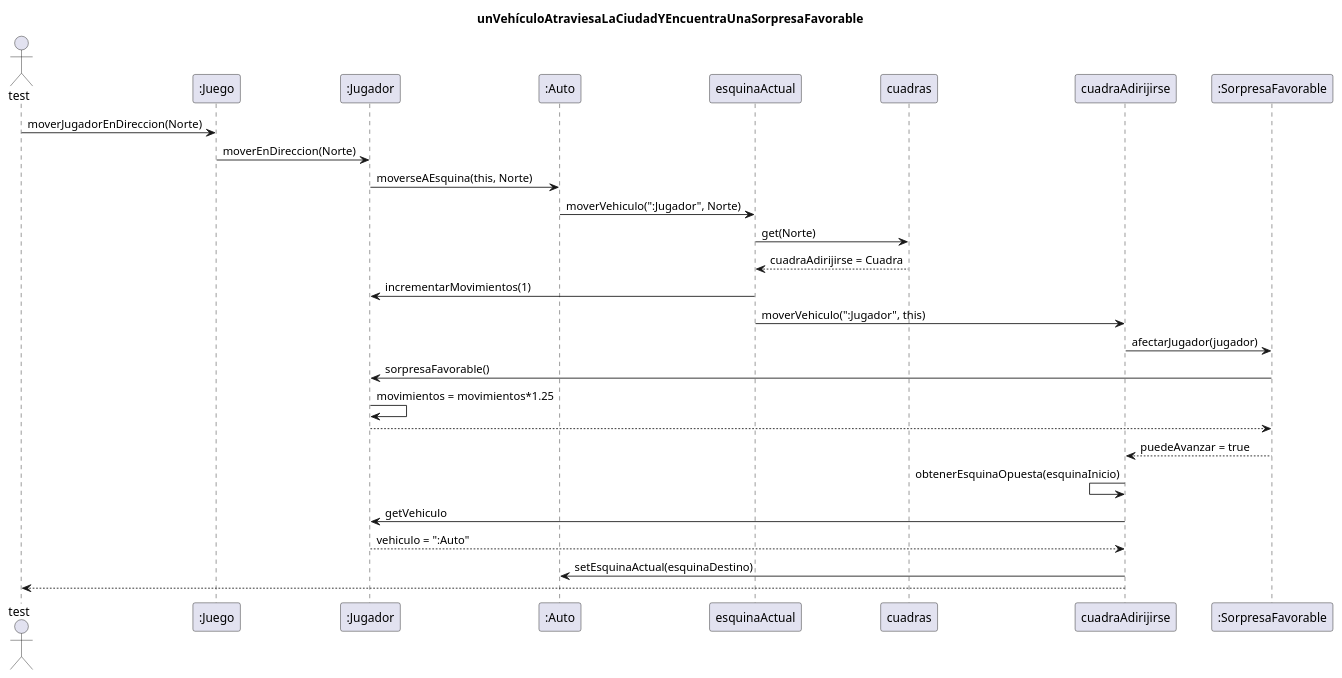
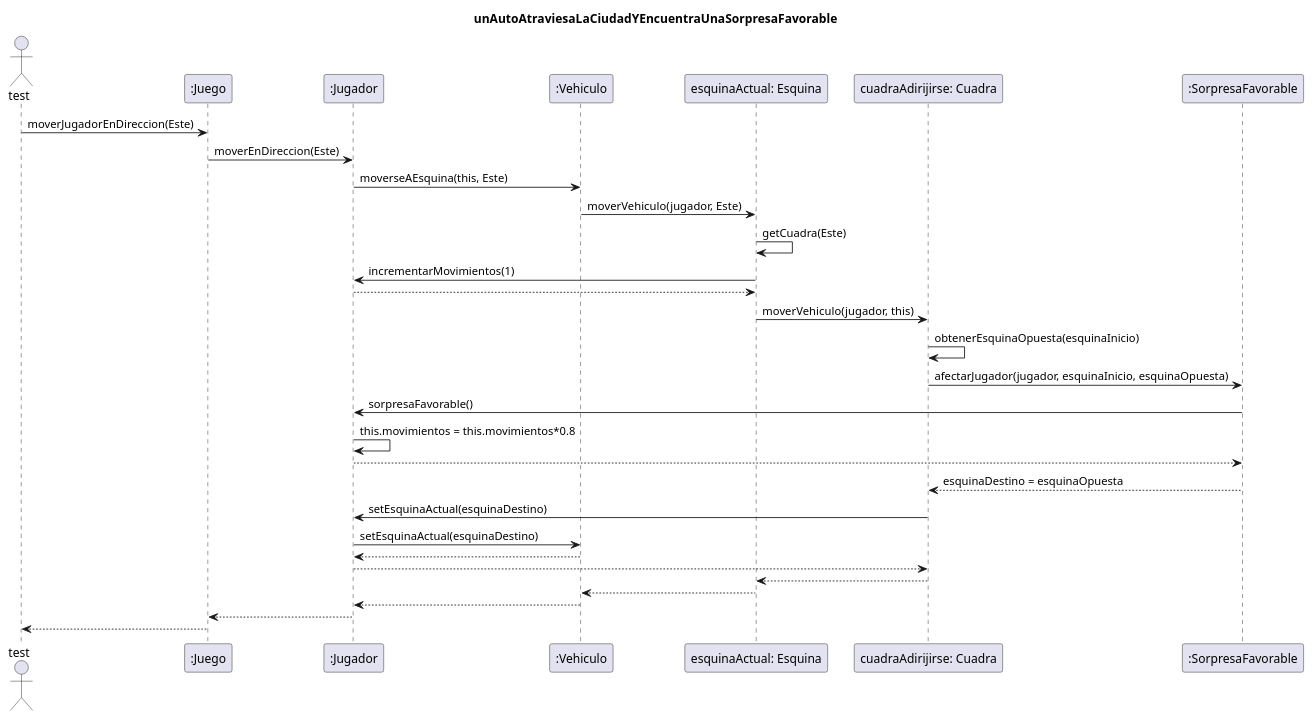
The diagram in diagrams/sequences/entrega02/CasoDeUso01.plantuml (TP2Algo3FIUBA/tp2), drawn with PlantUML before and after one commit. The commit also changed 8 other files, not shown here.

Commit message:
Actualizacion diagrama secuencia UML

```diff
--- a/diagrams/sequences/entrega02/CasoDeUso01.plantuml
+++ b/diagrams/sequences/entrega02/CasoDeUso01.plantuml
@@ -1,26 +1,35 @@
 @startuml
 
-title: unVehículoAtraviesaLaCiudadYEncuentraUnaSorpresaFavorable
+title: unAutoAtraviesaLaCiudadYEncuentraUnaSorpresaFavorable
 
 
 Actor test
-test -> ":Juego" : moverJugadorEnDireccion(Norte)
-":Juego" -> ":Jugador" : moverEnDireccion(Norte)
-":Jugador" -> ":Auto" : moverseAEsquina(this, Norte)
-":Auto" -> esquinaActual : moverVehiculo(":Jugador", Norte)
-esquinaActual -> cuadras : get(Norte)
-esquinaActual <-- cuadras : cuadraAdirijirse = Cuadra
-esquinaActual -> ":Jugador" : incrementarMovimientos(1)
-esquinaActual -> cuadraAdirijirse : moverVehiculo(":Jugador", this)
-cuadraAdirijirse -> ":SorpresaFavorable" : afectarJugador(jugador)
+test -> ":Juego" : moverJugadorEnDireccion(Este)
+":Juego" -> ":Jugador"  : moverEnDireccion(Este)
+":Jugador"  -> ":Vehiculo" : moverseAEsquina(this, Este)
+":Vehiculo" -> "esquinaActual: Esquina" : moverVehiculo(jugador, Este)
+"esquinaActual: Esquina" -> "esquinaActual: Esquina" : getCuadra(Este)
+"esquinaActual: Esquina" -> ":Jugador" : incrementarMovimientos(1)
+return
+
+"esquinaActual: Esquina" -> "cuadraAdirijirse: Cuadra" : moverVehiculo(jugador, this)
+"cuadraAdirijirse: Cuadra" -> "cuadraAdirijirse: Cuadra" : obtenerEsquinaOpuesta(esquinaInicio)
+"cuadraAdirijirse: Cuadra" -> ":SorpresaFavorable" : afectarJugador(jugador, esquinaInicio, esquinaOpuesta)
+
 ":SorpresaFavorable" -> ":Jugador" : sorpresaFavorable()
-":Jugador" -> ":Jugador" : movimientos = movimientos*1.25
-":SorpresaFavorable" <-- ":Jugador"
-cuadraAdirijirse <-- ":SorpresaFavorable" : puedeAvanzar = true
-cuadraAdirijirse <- cuadraAdirijirse : obtenerEsquinaOpuesta(esquinaInicio)
-cuadraAdirijirse -> ":Jugador" : getVehiculo
-cuadraAdirijirse <-- ":Jugador" : vehiculo = ":Auto"
-cuadraAdirijirse -> ":Auto" : setEsquinaActual(esquinaDestino)
-test <-- cuadraAdirijirse
+":Jugador" -> ":Jugador" : this.movimientos = this.movimientos*0.8
+":Jugador" --> ":SorpresaFavorable"
+
+":SorpresaFavorable" --> "cuadraAdirijirse: Cuadra" : esquinaDestino = esquinaOpuesta
+"cuadraAdirijirse: Cuadra" -> ":Jugador" : setEsquinaActual(esquinaDestino)
+":Jugador" -> ":Vehiculo" : setEsquinaActual(esquinaDestino)
+
+return
+":Jugador" --> "cuadraAdirijirse: Cuadra"
+"cuadraAdirijirse: Cuadra" --> "esquinaActual: Esquina"
+"esquinaActual: Esquina" --> ":Vehiculo"
+":Vehiculo" --> ":Jugador"
+":Jugador" --> ":Juego"
+":Juego" --> test
 
 @enduml
```
